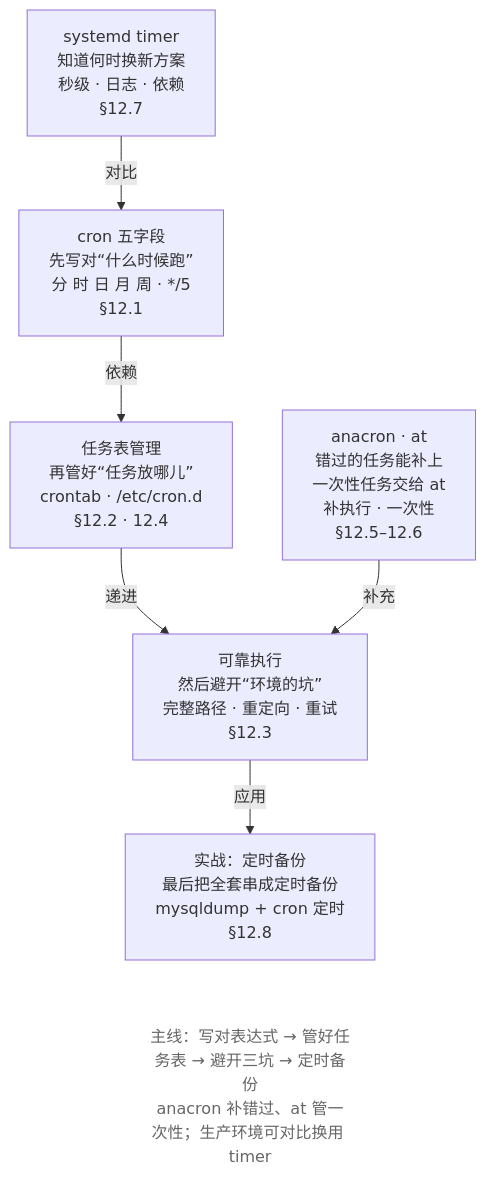
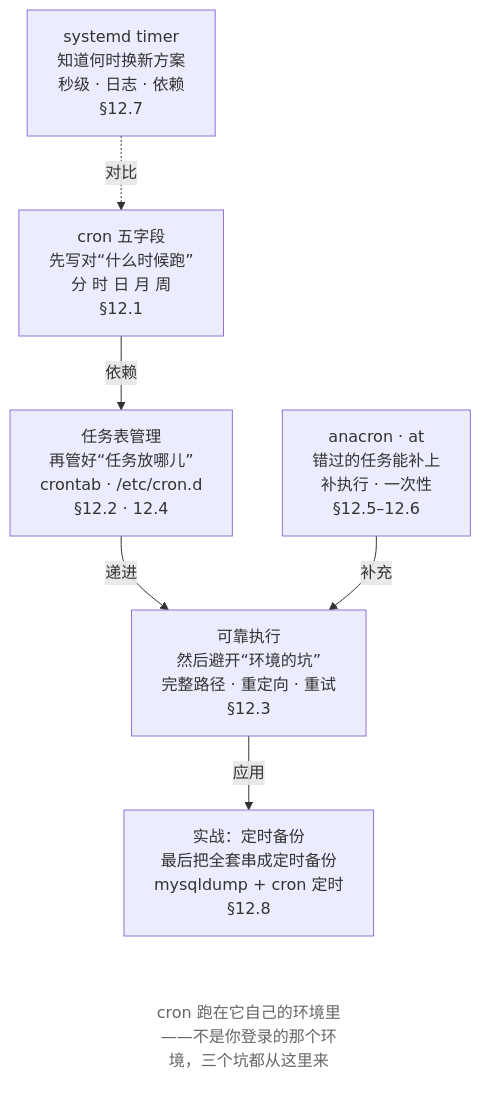
One commit to wangxiangnan/wangxiangnan.github.io changed the first of 2 diagrams in src/linux-command/ch12.md. Above: the diagram before and after it, drawn with Mermaid. The commit also changed other lines of this file and 25 other files, not shown here.

````diff
--- a/src/linux-command/ch12.md
+++ b/src/linux-command/ch12.md
@@ -14,20 +14,20 @@
 ```mermaid
 flowchart TB
-    A["cron 五字段<br>先写对“什么时候跑”<br>分 时 日 月 周 · */5<br>§12.1"]
+    A["cron 五字段<br>先写对“什么时候跑”<br>分 时 日 月 周<br>§12.1"]
     B["systemd timer<br>知道何时换新方案<br>秒级 · 日志 · 依赖<br>§12.7"]
     C["任务表管理<br>再管好“任务放哪儿”<br>crontab · /etc/cron.d<br>§12.2 · 12.4"]
-    D["anacron · at<br>错过的任务能补上<br>一次性任务交给 at<br>补执行 · 一次性<br>§12.5–12.6"]
+    D["anacron · at<br>错过的任务能补上<br>补执行 · 一次性<br>§12.5–12.6"]
     E["可靠执行<br>然后避开“环境的坑”<br>完整路径 · 重定向 · 重试<br>§12.3"]
     F["实战：定时备份<br>最后把全套串成定时备份<br>mysqldump + cron 定时<br>§12.8"]
-    NOTE["主线：写对表达式 → 管好任务表 → 避开三坑 → 定时备份<br>anacron 补错过、at 管一次性；生产环境可对比换用 timer"]
+    NOTE["cron 跑在它自己的环境里——不是你登录的那个环境，三个坑都从这里来"]
 
     A -->|依赖| C
     C -->|递进| E
     E -->|应用| F
-    B -->|对比| A
+    B -.->|对比| A
     D -->|补充| E
     F ~~~ NOTE
 
     classDef note fill:none,stroke:none,color:#666
     class NOTE note
 ```
````
